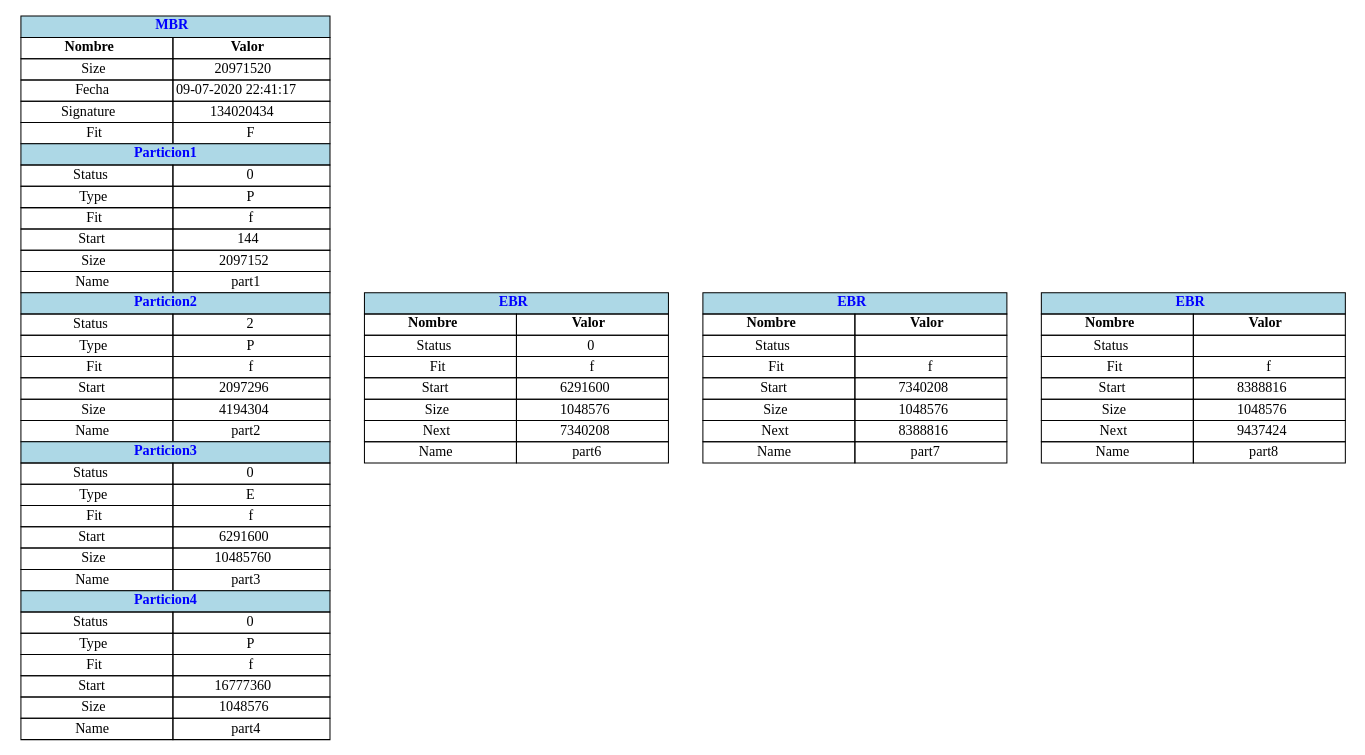
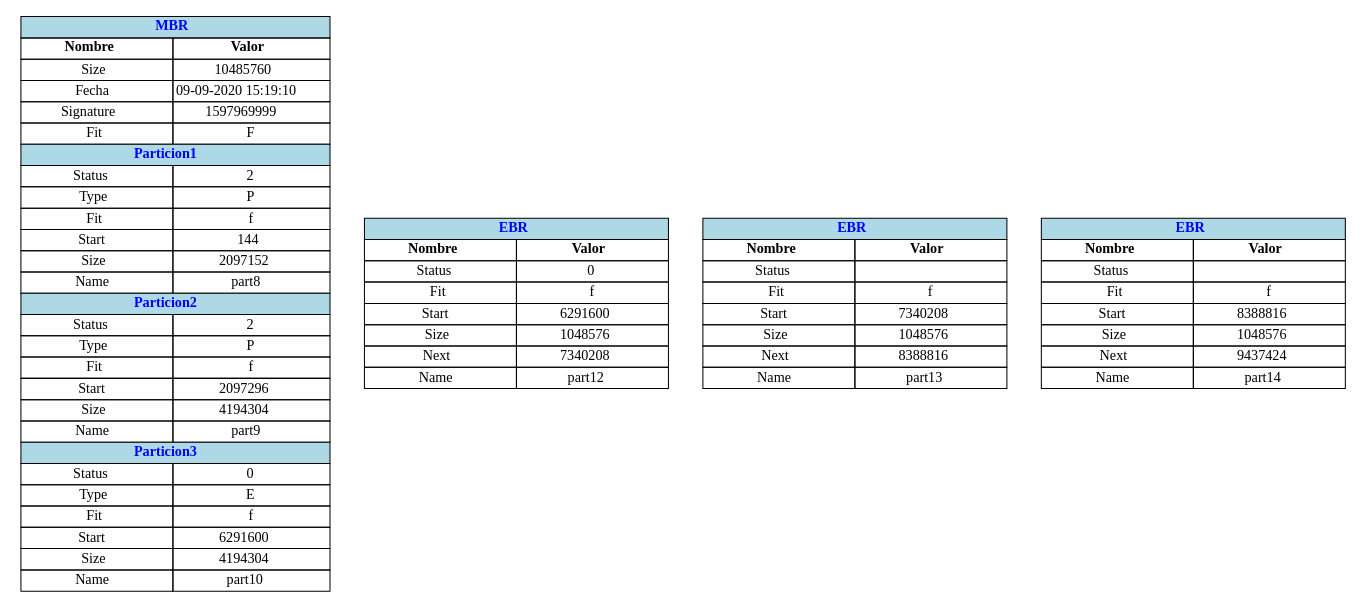
Before and after one commit to xJosee/SistemaArchivos: the diagram in Reportes/graficaEBR.dot, drawn with Graphviz. The commit also changed 10 other files, not shown here.

```diff
--- a/Reportes/graficaEBR.dot
+++ b/Reportes/graficaEBR.dot
@@ -1,80 +1,73 @@
 digraph G{ 
 node [shape=plaintext]
 tbl[
 label=<
 <table border='0' cellborder='1' cellspacing='0' width='300'  height='200' >
  <tr ><td colspan='2' bgcolor= 'lightblue' ><b><font color='blue'>MBR</font></b></td></tr><tr>  <td width='150'> <b>Nombre</b> </td> <td width='150'> <b>Valor</b> </td>  </tr>
-<tr>  <td>Size</td><td>20971520</td>  </tr>
-<tr>  <td>Fecha</td> <td>09-07-2020 22:41:17</td>  </tr>
-<tr>  <td>Signature</td> <td>134020434</td>  </tr>
+<tr>  <td>Size</td><td>10485760</td>  </tr>
+<tr>  <td>Fecha</td> <td>09-09-2020 15:19:10</td>  </tr>
+<tr>  <td>Signature</td> <td>1597969999</td>  </tr>
 <tr>  <td>Fit</td> <td>F</td>  </tr>
 <tr ><td colspan='2' bgcolor= 'lightblue' ><b><font color='blue'>Particion1</font></b></td></tr>
-<tr>  <td>Status</td> <td>0</td>  </tr>
+<tr>  <td>Status</td> <td>2</td>  </tr>
 <tr>  <td>Type</td> <td>P</td>  </tr>
 <tr>  <td>Fit</td> <td>f</td>  </tr>
 <tr>  <td>Start</td> <td>144</td>  </tr>
 <tr>  <td>Size</td> <td>2097152</td>  </tr>
-<tr>  <td>Name</td> <td>part1</td>  </tr>
+<tr>  <td>Name</td> <td>part8</td>  </tr>
 <tr ><td colspan='2' bgcolor= 'lightblue' ><b><font color='blue'>Particion2</font></b></td></tr>
 <tr>  <td>Status</td> <td>2</td>  </tr>
 <tr>  <td>Type</td> <td>P</td>  </tr>
 <tr>  <td>Fit</td> <td>f</td>  </tr>
 <tr>  <td>Start</td> <td>2097296</td>  </tr>
 <tr>  <td>Size</td> <td>4194304</td>  </tr>
-<tr>  <td>Name</td> <td>part2</td>  </tr>
+<tr>  <td>Name</td> <td>part9</td>  </tr>
 <tr ><td colspan='2' bgcolor= 'lightblue' ><b><font color='blue'>Particion3</font></b></td></tr>
 <tr>  <td>Status</td> <td>0</td>  </tr>
 <tr>  <td>Type</td> <td>E</td>  </tr>
 <tr>  <td>Fit</td> <td>f</td>  </tr>
 <tr>  <td>Start</td> <td>6291600</td>  </tr>
-<tr>  <td>Size</td> <td>10485760</td>  </tr>
-<tr>  <td>Name</td> <td>part3</td>  </tr>
-<tr ><td colspan='2' bgcolor= 'lightblue' ><b><font color='blue'>Particion4</font></b></td></tr>
-<tr>  <td>Status</td> <td>0</td>  </tr>
-<tr>  <td>Type</td> <td>P</td>  </tr>
-<tr>  <td>Fit</td> <td>f</td>  </tr>
-<tr>  <td>Start</td> <td>16777360</td>  </tr>
-<tr>  <td>Size</td> <td>1048576</td>  </tr>
-<tr>  <td>Name</td> <td>part4</td>  </tr>
+<tr>  <td>Size</td> <td>4194304</td>  </tr>
+<tr>  <td>Name</td> <td>part10</td>  </tr>
 </table>
 >];
 
 tbl_1[
 label=<
  <table border='0' cellborder='1' cellspacing='0'  width='300' height='160' >
  <tr ><td colspan='2' bgcolor= 'lightblue' ><b><font color='blue'>EBR</font></b></td></tr><tr ><td width='150'><b>Nombre</b></td> <td width='150'><b>Valor</b></td>  </tr>
 <tr>  <td>Status</td> <td>0</td>  </tr>
 <tr>  <td>Fit</td> <td>f</td>  </tr>
 <tr>  <td>Start</td> <td>6291600</td>  </tr>
 <tr>  <td>Size</td> <td>1048576</td>  </tr>
 <tr>  <td>Next</td> <td>7340208</td>  </tr>
-<tr>  <td>Name</td> <td>part6</td>  </tr>
+<tr>  <td>Name</td> <td>part12</td>  </tr>
 </table>
 >];
 
 tbl_2[
 label=<
  <table border='0' cellborder='1' cellspacing='0'  width='300' height='160' >
  <tr ><td colspan='2' bgcolor= 'lightblue' ><b><font color='blue'>EBR</font></b></td></tr><tr ><td width='150'><b>Nombre</b></td> <td width='150'><b>Valor</b></td>  </tr>
 <tr>  <td>Status</td> <td></td>  </tr>
 <tr>  <td>Fit</td> <td>f</td>  </tr>
 <tr>  <td>Start</td> <td>7340208</td>  </tr>
 <tr>  <td>Size</td> <td>1048576</td>  </tr>
 <tr>  <td>Next</td> <td>8388816</td>  </tr>
-<tr>  <td>Name</td> <td>part7</td>  </tr>
+<tr>  <td>Name</td> <td>part13</td>  </tr>
 </table>
 >];
 
 tbl_3[
 label=<
  <table border='0' cellborder='1' cellspacing='0'  width='300' height='160' >
  <tr ><td colspan='2' bgcolor= 'lightblue' ><b><font color='blue'>EBR</font></b></td></tr><tr ><td width='150'><b>Nombre</b></td> <td width='150'><b>Valor</b></td>  </tr>
 <tr>  <td>Status</td> <td></td>  </tr>
 <tr>  <td>Fit</td> <td>f</td>  </tr>
 <tr>  <td>Start</td> <td>8388816</td>  </tr>
 <tr>  <td>Size</td> <td>1048576</td>  </tr>
 <tr>  <td>Next</td> <td>9437424</td>  </tr>
-<tr>  <td>Name</td> <td>part8</td>  </tr>
+<tr>  <td>Name</td> <td>part14</td>  </tr>
 </table>
 >];
 }
```
